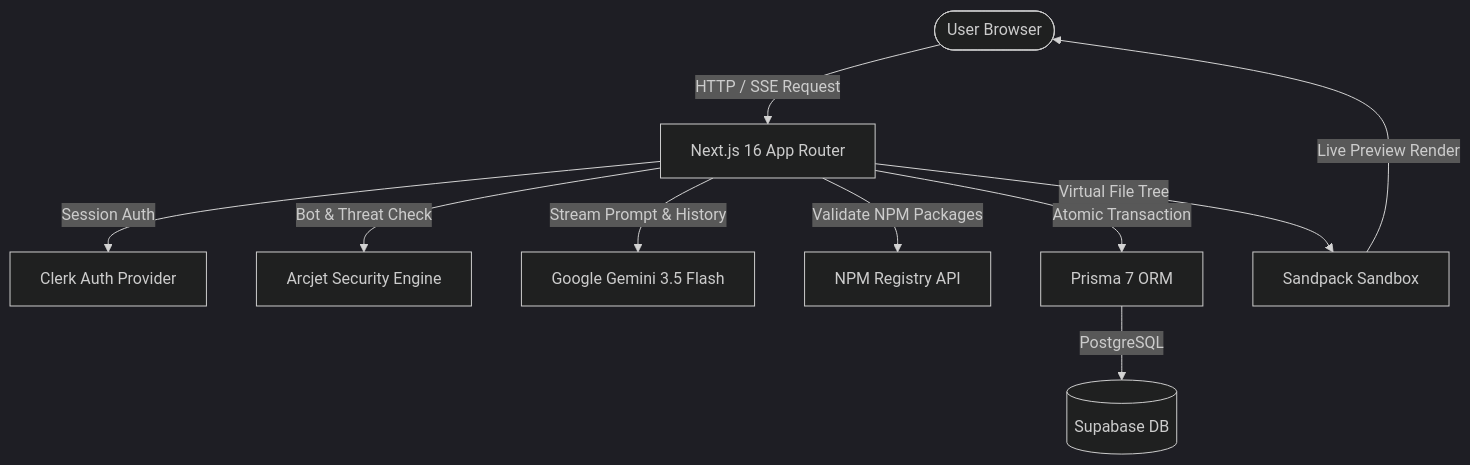
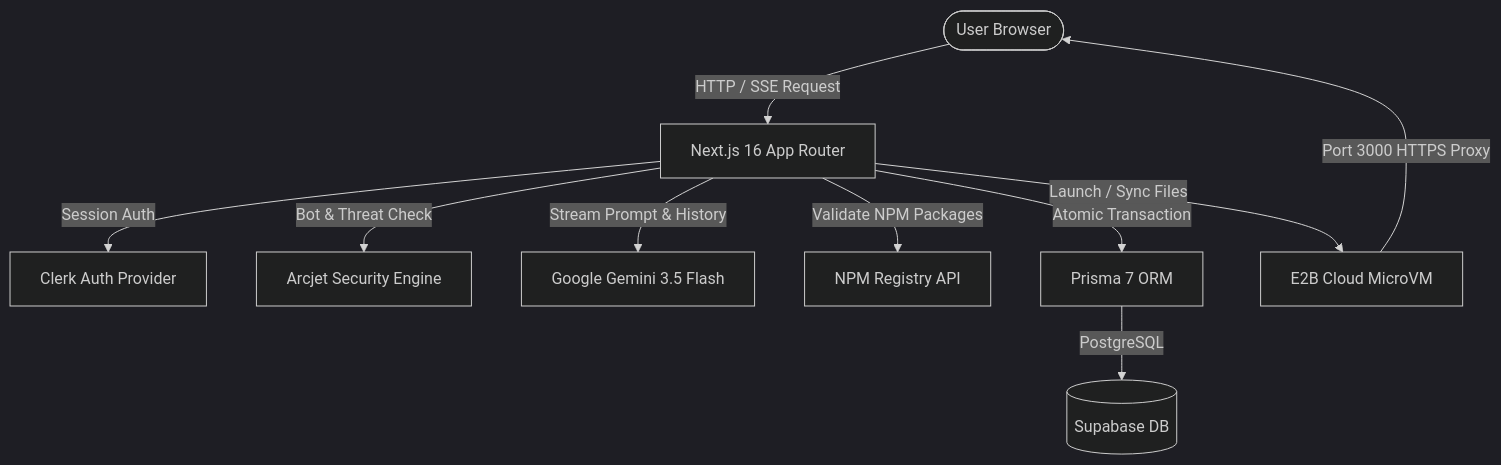
One commit to iamalok123/ai-website-builder-nextjs16 changed the diagram in README.md. Above: the diagram before and after it, drawn with Mermaid (dark theme). The commit also changed other lines of this file and 6 other files, not shown here.

Commit message:
Implement fullstack microVM execution with Express and SQLite, add resilient SSE heartbeats with proxy unbuffering, decouple server database persistence, and enable automatic mobile view transitions.

````diff
--- a/README.md
+++ b/README.md
@@ -53,12 +64,12 @@
 ```mermaid
 graph TD
     User([User Browser]) -->|HTTP / SSE Request| NextApp[Next.js 16 App Router]
     NextApp -->|Session Auth| Clerk[Clerk Auth Provider]
     NextApp -->|Bot & Threat Check| Arcjet[Arcjet Security Engine]
     NextApp -->|Stream Prompt & History| Gemini[Google Gemini 3.5 Flash]
     NextApp -->|Validate NPM Packages| NPMRegistry[NPM Registry API]
     NextApp -->|Atomic Transaction| Prisma[Prisma 7 ORM]
     Prisma -->|PostgreSQL| Supabase[(Supabase DB)]
-    NextApp -->|Virtual File Tree| Sandpack[Sandpack Sandbox]
-    Sandpack -->|Live Preview Render| User
+    NextApp -->|Launch / Sync Files| E2B[E2B Cloud MicroVM]
+    E2B -->|Port 3000 HTTPS Proxy| User
 ```
````
